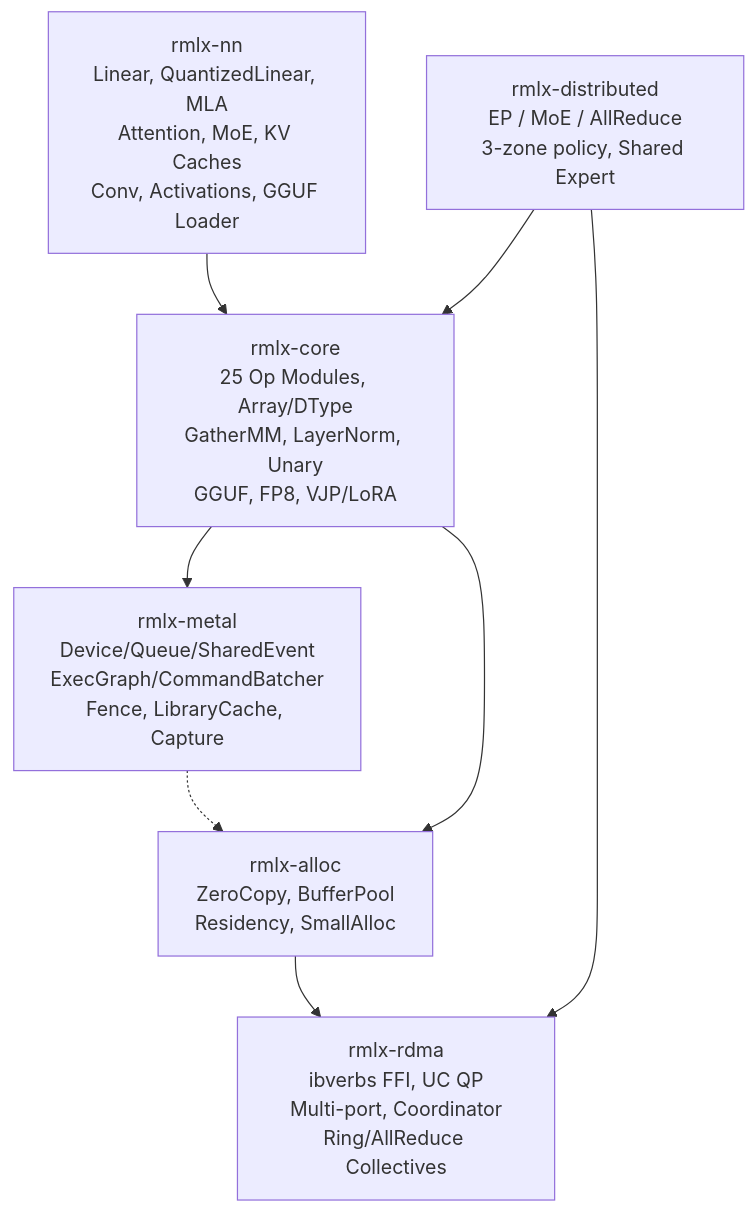
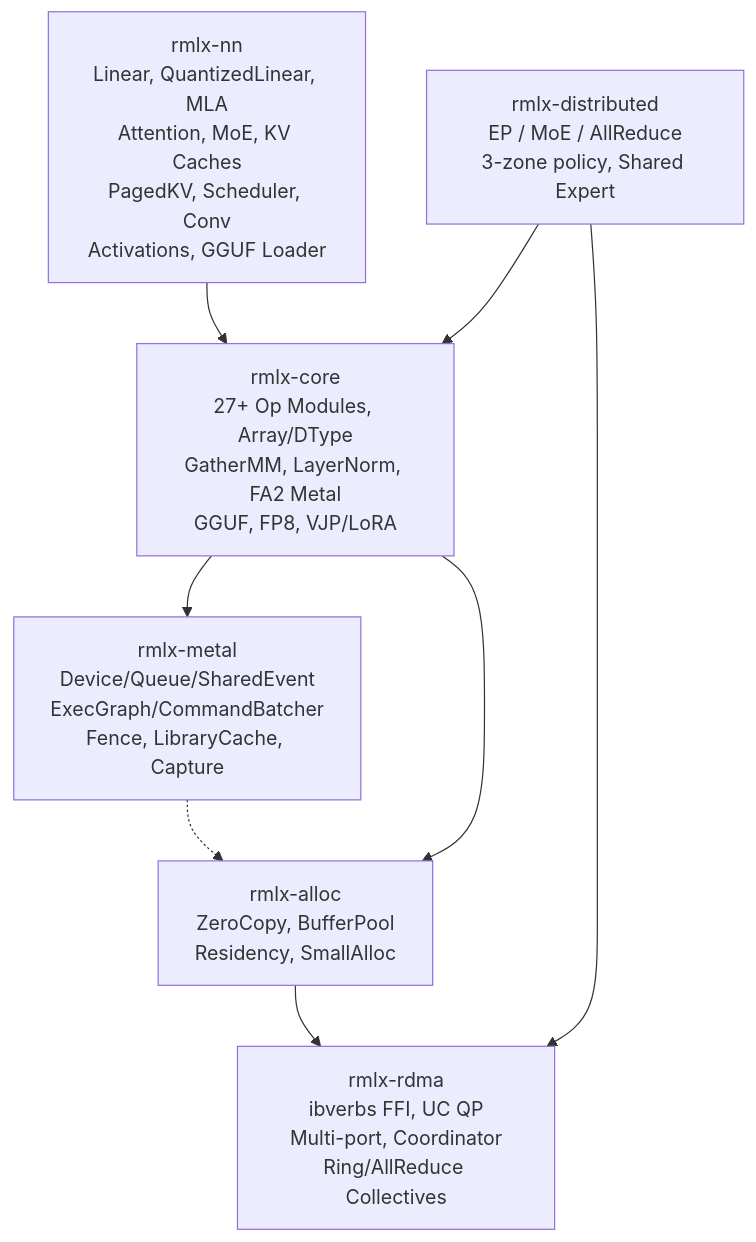
The diagram in README.md (0xDaizz/RMLX), drawn with Mermaid before and after one commit. The commit also changed other lines of this file and 42 other files, not shown here.

First line of the commit message:
feat: Phase 3 — serving infrastructure with FlashAttention, paged KV, and continuous batching

````diff
--- a/README.md
+++ b/README.md
@@ -87,17 +88,17 @@
 ```mermaid
 graph TD
-    NN["rmlx-nn<br/>Linear, QuantizedLinear, MLA<br/>Attention, MoE, KV Caches<br/>Conv, Activations, GGUF Loader"]
-    CORE["rmlx-core<br/>25 Op Modules, Array/DType<br/>GatherMM, LayerNorm, Unary<br/>GGUF, FP8, VJP/LoRA"]
+    NN["rmlx-nn<br/>Linear, QuantizedLinear, MLA<br/>Attention, MoE, KV Caches<br/>PagedKV, Scheduler, Conv<br/>Activations, GGUF Loader"]
+    CORE["rmlx-core<br/>27+ Op Modules, Array/DType<br/>GatherMM, LayerNorm, FA2 Metal<br/>GGUF, FP8, VJP/LoRA"]
     DIST["rmlx-distributed<br/>EP / MoE / AllReduce<br/>3-zone policy, Shared Expert"]
     METAL["rmlx-metal<br/>Device/Queue/SharedEvent<br/>ExecGraph/CommandBatcher<br/>Fence, LibraryCache, Capture"]
     ALLOC["rmlx-alloc<br/>ZeroCopy, BufferPool<br/>Residency, SmallAlloc"]
     RDMA["rmlx-rdma<br/>ibverbs FFI, UC QP<br/>Multi-port, Coordinator<br/>Ring/AllReduce Collectives"]
 
     NN --> CORE
     CORE --> METAL
     CORE --> ALLOC
     DIST --> CORE
     DIST --> RDMA
     ALLOC --> RDMA
     METAL -.-> ALLOC
 ```
````
